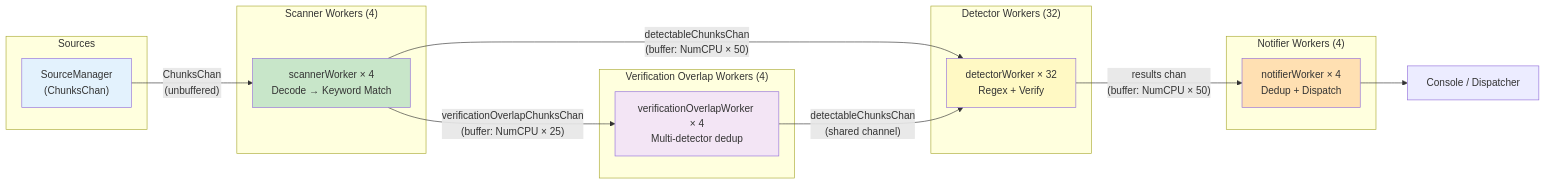
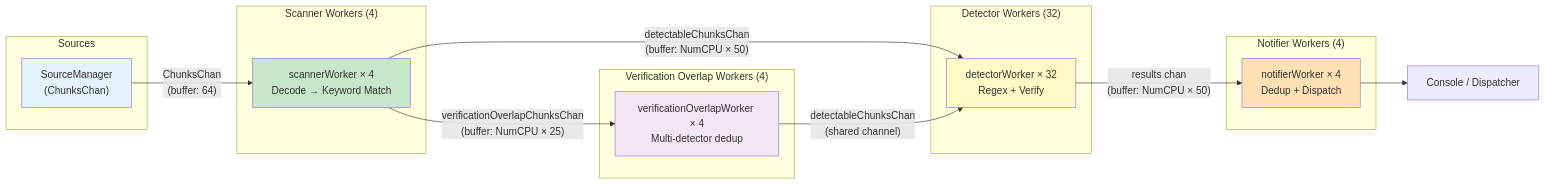
Before and after one commit to blitzy-research/trufflehog: the second of 3 diagrams in blitzy/documentation/trufflehog_e42153d44a5e.md, drawn with Mermaid. The commit also changed other lines of this file, not shown here.

````diff
--- a/blitzy/documentation/trufflehog_e42153d44a5e.md
+++ b/blitzy/documentation/trufflehog_e42153d44a5e.md
@@ -469,35 +469,35 @@
 ```mermaid
 flowchart LR
     subgraph Sources
         SM["SourceManager<br/>(ChunksChan)"]
     end
 
     subgraph ScannerWorkers["Scanner Workers (4)"]
         SW["scannerWorker × 4<br/>Decode → Keyword Match"]
     end
 
     subgraph DetectorWorkers["Detector Workers (32)"]
         DW["detectorWorker × 32<br/>Regex + Verify"]
     end
 
     subgraph OverlapWorkers["Verification Overlap Workers (4)"]
         OW["verificationOverlapWorker × 4<br/>Multi-detector dedup"]
     end
 
     subgraph NotifierWorkers["Notifier Workers (4)"]
         NW["notifierWorker × 4<br/>Dedup + Dispatch"]
     end
 
-    SM -->|"ChunksChan<br/>(unbuffered)"| SW
+    SM -->|"ChunksChan<br/>(buffer: 64)"| SW
     SW -->|"detectableChunksChan<br/>(buffer: NumCPU × 50)"| DW
     SW -->|"verificationOverlapChunksChan<br/>(buffer: NumCPU × 25)"| OW
     OW -->|"detectableChunksChan<br/>(shared channel)"| DW
     DW -->|"results chan<br/>(buffer: NumCPU × 50)"| NW
     NW --> Output["Console / Dispatcher"]
 
     style SM fill:#e3f2fd
     style SW fill:#c8e6c9
     style DW fill:#fff9c4
     style OW fill:#f3e5f5
     style NW fill:#ffe0b2
 ```
````
